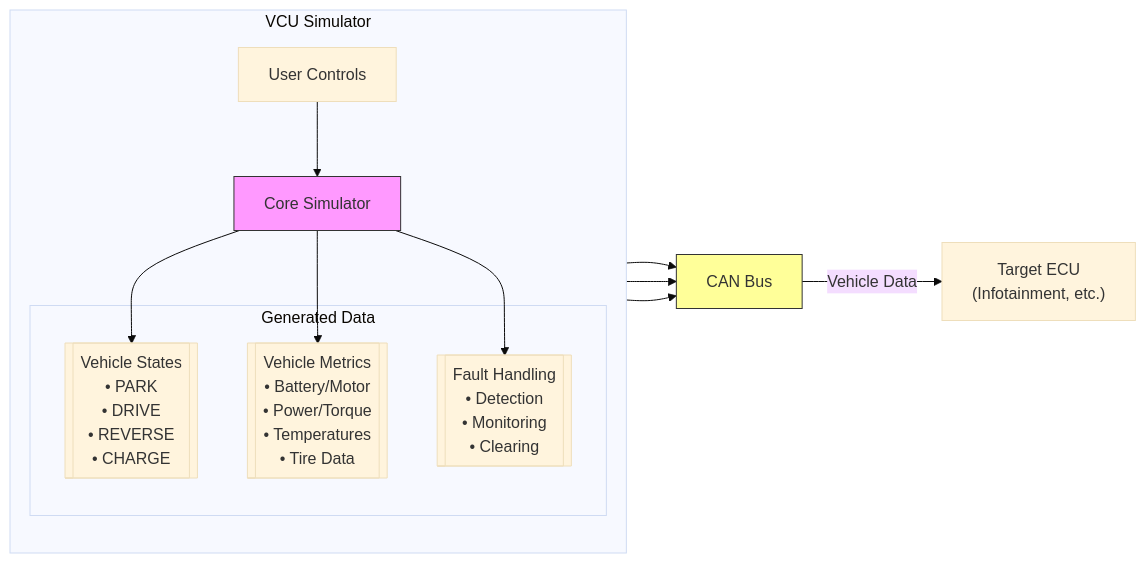
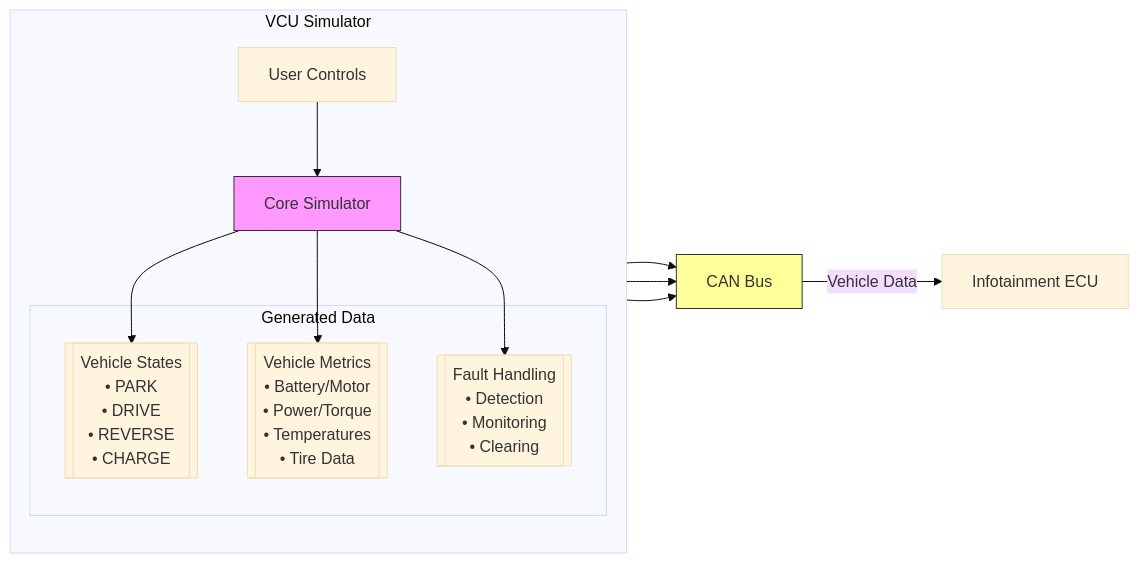
Before and after one commit to kingmaxkulick/fake_vcu_project: the diagram in README.md, drawn with Mermaid (base theme).

````diff
--- a/README.md
+++ b/README.md
@@ -16,34 +16,33 @@
 ```mermaid
 flowchart LR
     subgraph "VCU Simulator"
         direction TB
         UI[User Controls] --> Core
         Core[Core Simulator]
         subgraph "Generated Data"
             States[["Vehicle States
             • PARK
             • DRIVE
             • REVERSE
             • CHARGE"]]
             Metrics[["Vehicle Metrics
             • Battery/Motor
             • Power/Torque
             • Temperatures
             • Tire Data"]]
             Faults[["Fault Handling
             • Detection
             • Monitoring
             • Clearing"]]
         end
         Core --> States
         Core --> Metrics
         Core --> Faults
     end
     States --> CAN[CAN Bus]
     Metrics --> CAN
     Faults --> CAN
-    CAN --> |"Vehicle Data"| Target["Target ECU
-    (Infotainment, etc.)"]
+    CAN --> |"Vehicle Data"| Target[" Infotainment ECU"]
     style Core fill:#f9f,stroke:#333
     style CAN fill:#ff9,stroke:#333
 ```
````
